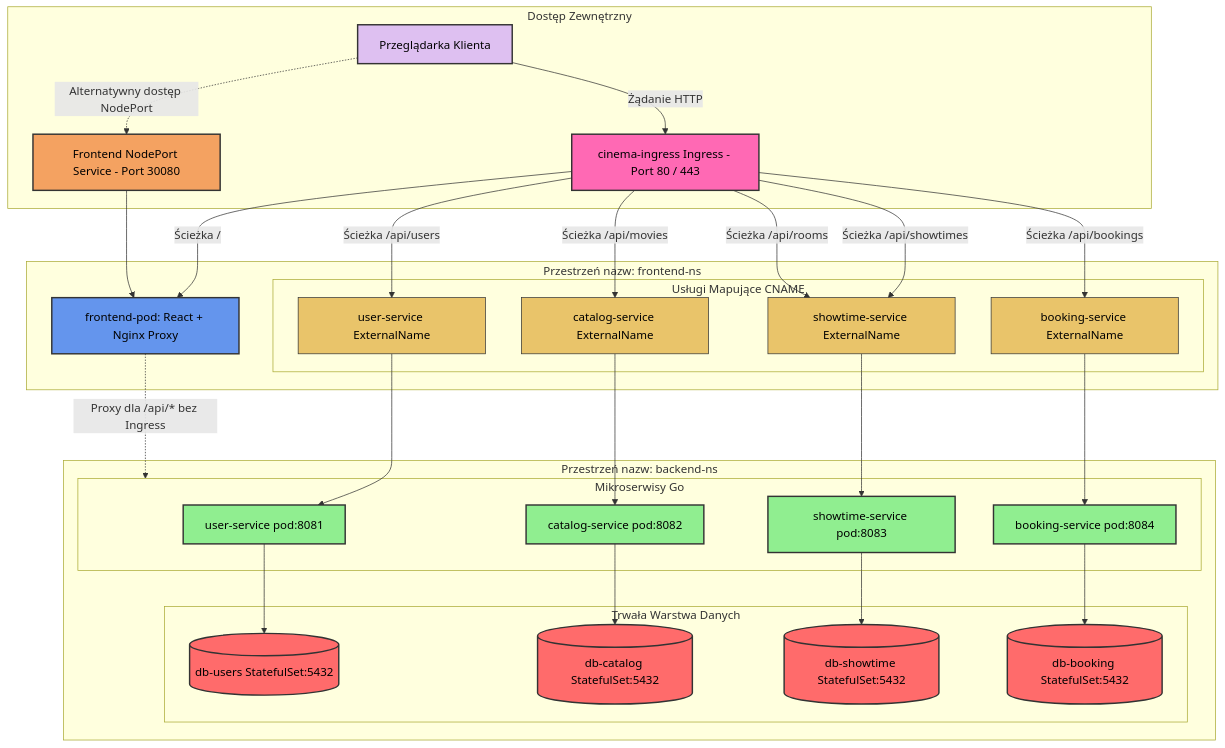
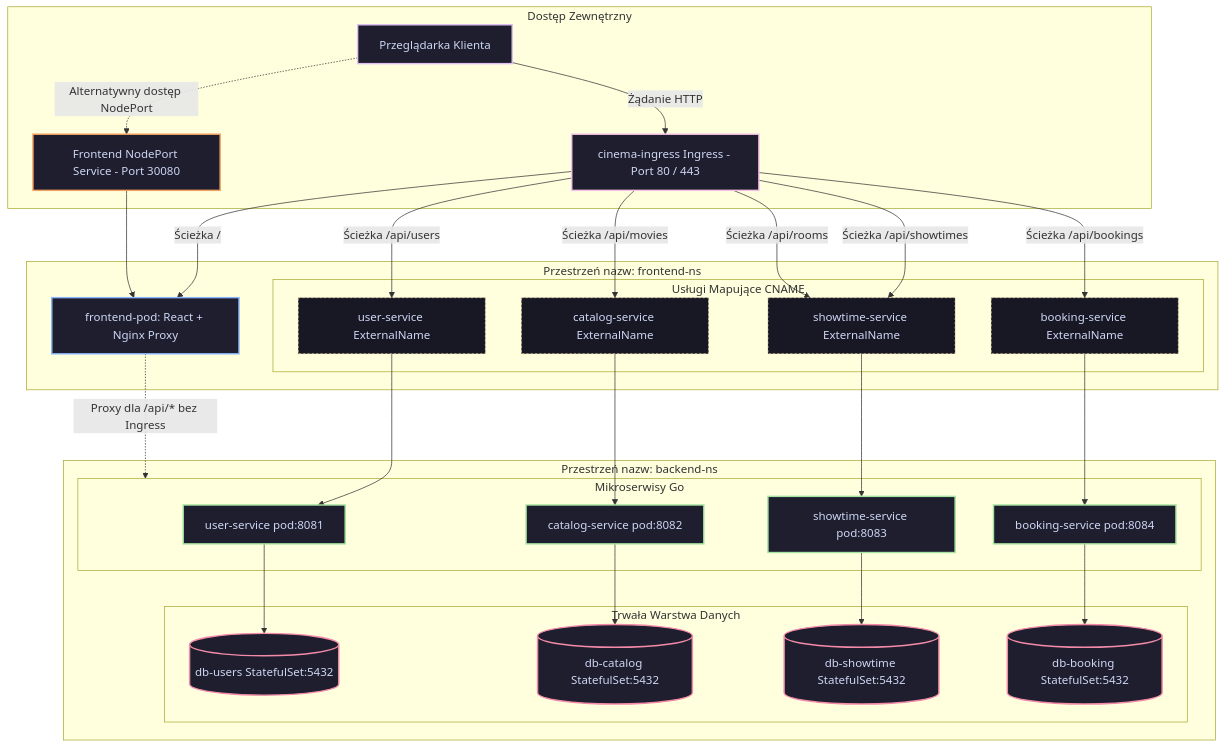
Before and after one commit to Xoxonin/cinema-system: the diagram in README.md, drawn with Mermaid. The commit also changed other lines of this file, not shown here.

Commit message:
docs: update Kubernetes architecture diagram and enhance security mechanisms description in README.md

````diff
--- a/README.md
+++ b/README.md
@@ -88,24 +190,24 @@
     ShowtimeService --> DbShowtime
     BookingService --> DbBooking
 
-    %% Styling
-    style Client fill:#dec0f1,stroke:#333,stroke-width:2px,color:#000
-    style Ingress fill:#ff69b4,stroke:#333,stroke-width:2px,color:#000
-    style NodePort fill:#f4a261,stroke:#333,stroke-width:2px,color:#000
-    style FrontendPod fill:#6495ed,stroke:#333,stroke-width:2px,color:#000
+    %% Styling - Catppuccin Mocha Dark Theme
+    style Client fill:#1e1e2e,stroke:#dec0f1,color:#cdd6f4,stroke-width:2px
+    style Ingress fill:#1e1e2e,stroke:#f5c2e7,color:#cdd6f4,stroke-width:2px
+    style NodePort fill:#1e1e2e,stroke:#f4a261,color:#cdd6f4,stroke-width:2px
+    style FrontendPod fill:#1e1e2e,stroke:#89b4fa,color:#cdd6f4,stroke-width:2px
     
-    style ExtUser fill:#e9c46a,stroke:#333,stroke-width:1px,color:#000
-    style ExtCatalog fill:#e9c46a,stroke:#333,stroke-width:1px,color:#000
-    style ExtShowtime fill:#e9c46a,stroke:#333,stroke-width:1px,color:#000
-    style ExtBooking fill:#e9c46a,stroke:#333,stroke-width:1px,color:#000
+    style ExtUser fill:#181825,stroke:#f9e2af,color:#cdd6f4,stroke-width:1px,stroke-dasharray: 3 3
+    style ExtCatalog fill:#181825,stroke:#f9e2af,color:#cdd6f4,stroke-width:1px,stroke-dasharray: 3 3
+    style ExtShowtime fill:#181825,stroke:#f9e2af,color:#cdd6f4,stroke-width:1px,stroke-dasharray: 3 3
+    style ExtBooking fill:#181825,stroke:#f9e2af,color:#cdd6f4,stroke-width:1px,stroke-dasharray: 3 3
 
-    style UserService fill:#90ee90,stroke:#333,stroke-width:2px,color:#000
-    style CatalogService fill:#90ee90,stroke:#333,stroke-width:2px,color:#000
-    style ShowtimeService fill:#90ee90,stroke:#333,stroke-width:2px,color:#000
-    style BookingService fill:#90ee90,stroke:#333,stroke-width:2px,color:#000
+    style UserService fill:#1e1e2e,stroke:#a6e3a1,color:#cdd6f4,stroke-width:2px
+    style CatalogService fill:#1e1e2e,stroke:#a6e3a1,color:#cdd6f4,stroke-width:2px
+    style ShowtimeService fill:#1e1e2e,stroke:#a6e3a1,color:#cdd6f4,stroke-width:2px
+    style BookingService fill:#1e1e2e,stroke:#a6e3a1,color:#cdd6f4,stroke-width:2px
 
-    style DbUsers fill:#ff6b6b,stroke:#333,stroke-width:2px,color:#000
-    style DbCatalog fill:#ff6b6b,stroke:#333,stroke-width:2px,color:#000
-    style DbShowtime fill:#ff6b6b,stroke:#333,stroke-width:2px,color:#000
-    style DbBooking fill:#ff6b6b,stroke:#333,stroke-width:2px,color:#000
+    style DbUsers fill:#1e1e2e,stroke:#f38ba8,color:#cdd6f4,stroke-width:2px
+    style DbCatalog fill:#1e1e2e,stroke:#f38ba8,color:#cdd6f4,stroke-width:2px
+    style DbShowtime fill:#1e1e2e,stroke:#f38ba8,color:#cdd6f4,stroke-width:2px
+    style DbBooking fill:#1e1e2e,stroke:#f38ba8,color:#cdd6f4,stroke-width:2px
 ```
````
